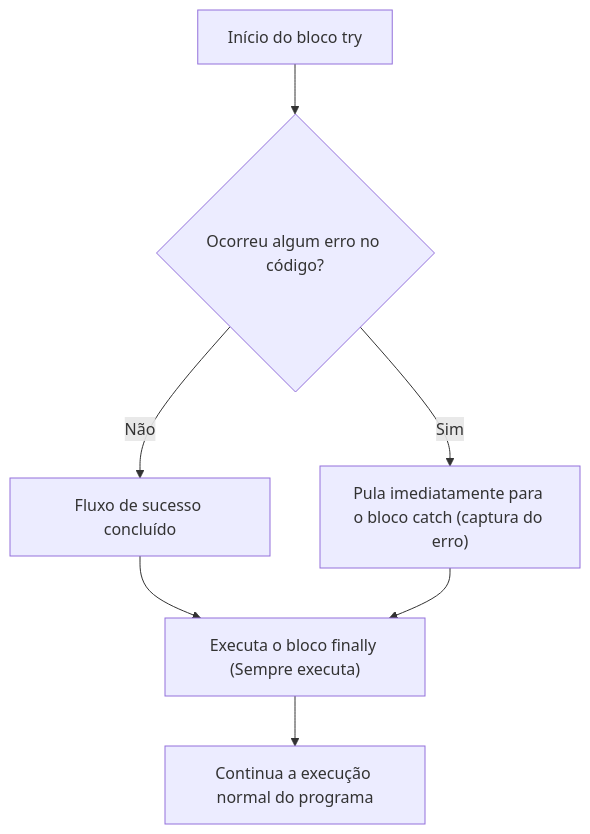
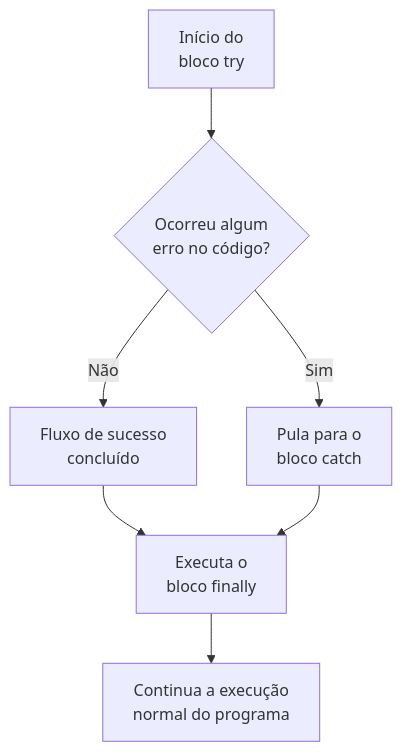
The diagram in javascript/06-arquitetura-e-avancado/06-Tratamento de erros.md (leorruas/programacao), drawn with Mermaid before and after one commit. The commit also changed 88 other files, not shown here.

Commit message:
fix(audit): auditoria global de links, sintaxe mermaid, emojis e sentence case

````diff
--- a/javascript/06-arquitetura-e-avancado/06-Tratamento de erros.md
+++ b/javascript/06-arquitetura-e-avancado/06-Tratamento de erros.md
@@ -17,9 +17,9 @@
 ```mermaid
 flowchart TD
-    A["Início do bloco try"] --> B{"Ocorreu algum erro no código?"}
-    B -- Não --> C["Fluxo de sucesso concluído"]
-    B -- Sim --> D["Pula imediatamente para o bloco catch (captura do erro)"]
-    C --> E["Executa o bloco finally (Sempre executa)"]
+    A["Início do<br>bloco try"] --> B{"Ocorreu algum<br>erro no código?"}
+    B -->|Não| C["Fluxo de sucesso<br>concluído"]
+    B -->|Sim| D["Pula para o<br>bloco catch"]
+    C --> E["Executa o<br>bloco finally"]
     D --> E
-    E --> F["Continua a execução normal do programa"]
+    E --> F["Continua a execução<br>normal do programa"]
 ```
````
